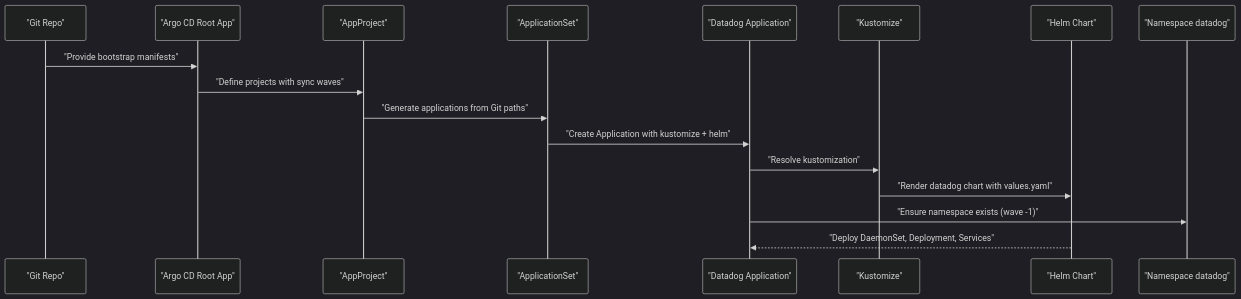
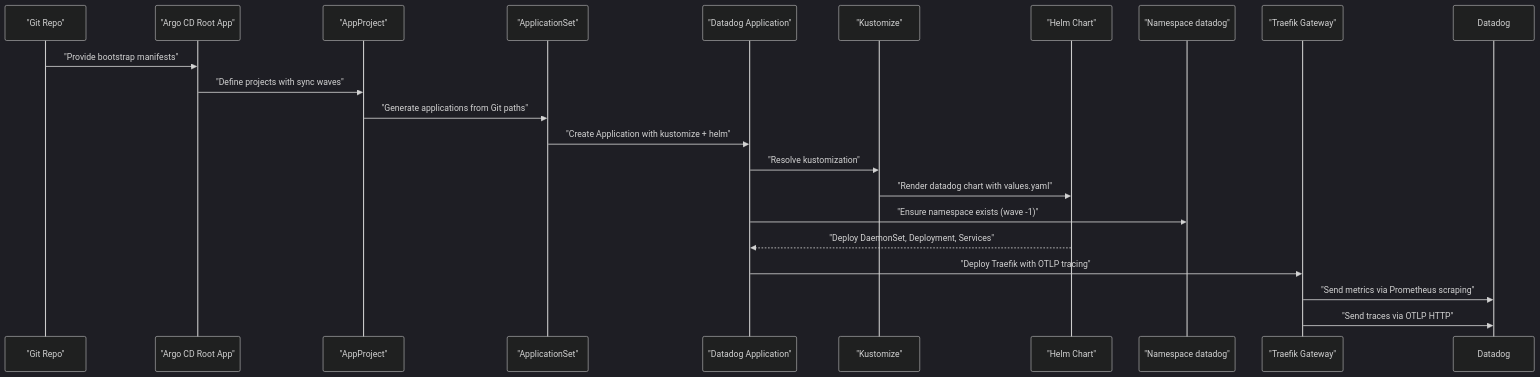
One commit to Hoangvu75/k8s_manifest changed the second of 4 diagrams in .qoder/repowiki/en/content/Infrastructure Applications/Datadog Monitoring Agent.md. Above: the diagram before and after it, drawn with Mermaid (dark theme). The commit also changed other lines of this file and 3 other files, not shown here.

Commit message:
fix: enable OTLP receiver via datadog.otlp block (not env vars)

````diff
--- a/.qoder/repowiki/en/content/Infrastructure Applications/Datadog Monitoring Agent.md
+++ b/.qoder/repowiki/en/content/Infrastructure Applications/Datadog Monitoring Agent.md
@@ -125,19 +159,23 @@
 ```mermaid
 sequenceDiagram
 participant Git as "Git Repo"
 participant Root as "Argo CD Root App"
 participant Proj as "AppProject"
 participant Set as "ApplicationSet"
 participant App as "Datadog Application"
 participant Kust as "Kustomize"
 participant Helm as "Helm Chart"
 participant NS as "Namespace datadog"
+participant Traefik as "Traefik Gateway"
 Git->>Root : "Provide bootstrap manifests"
 Root->>Proj : "Define projects with sync waves"
 Proj->>Set : "Generate applications from Git paths"
 Set->>App : "Create Application with kustomize + helm"
 App->>Kust : "Resolve kustomization"
 Kust->>Helm : "Render datadog chart with values.yaml"
 App->>NS : "Ensure namespace exists (wave -1)"
 Helm-->>App : "Deploy DaemonSet, Deployment, Services"
+App->>Traefik : "Deploy Traefik with OTLP tracing"
+Traefik->>Datadog : "Send metrics via Prometheus scraping"
+Traefik->>Datadog : "Send traces via OTLP HTTP"
 ```
````
